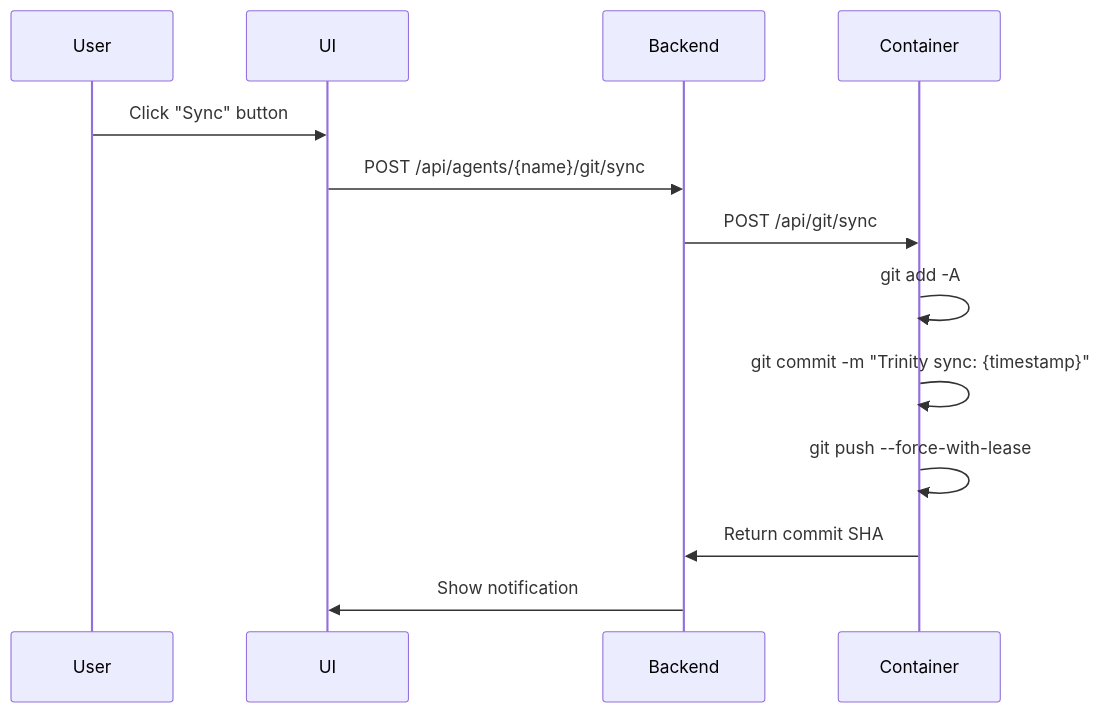
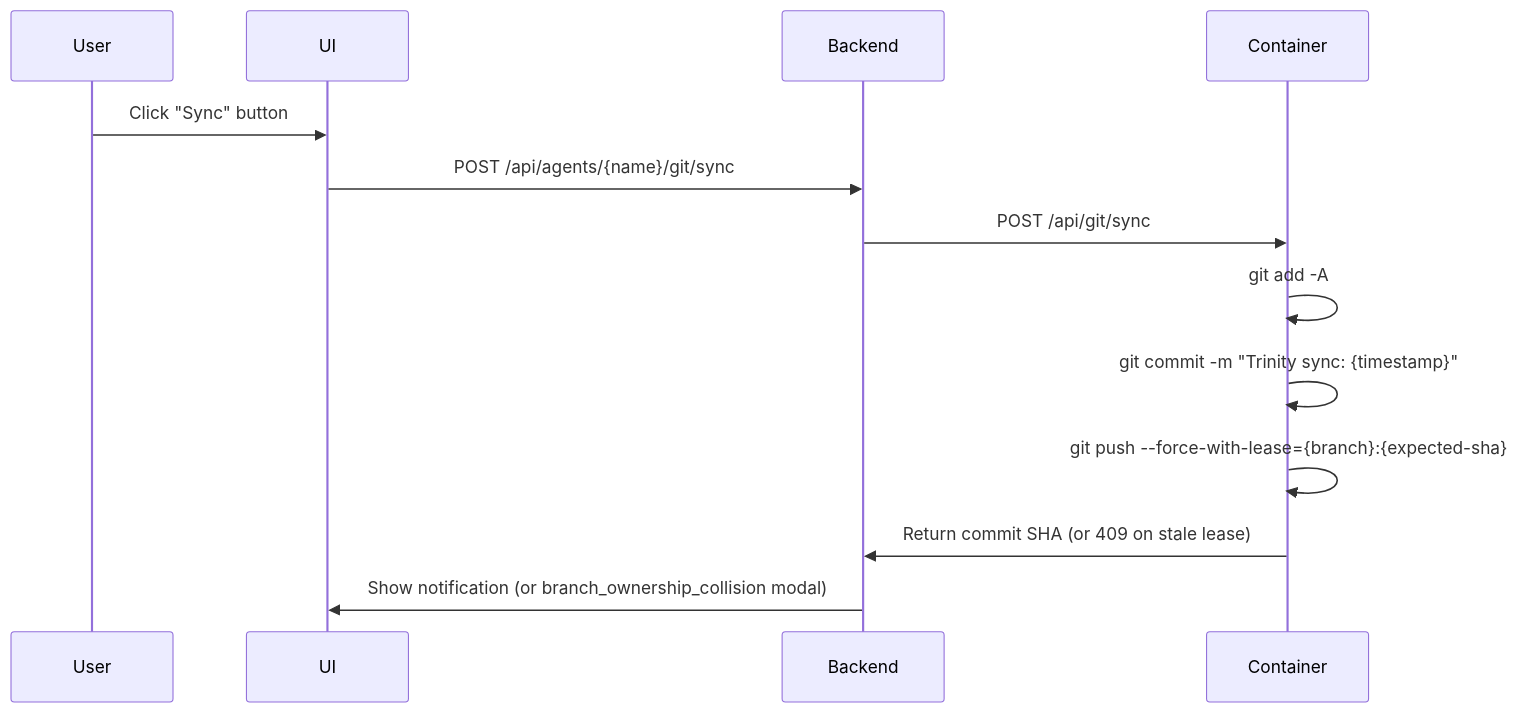
One commit to AndriiPasternak31/trinity-2 changed the second of 2 diagrams in docs/memory/feature-flows/github-sync.md. Above: the diagram before and after it, drawn with Mermaid. The commit also changed other lines of this file and 11 other files, not shown here.

First line of the commit message:
feat: branch ownership enforcement (S7, #382) (#396)

````diff
--- a/docs/memory/feature-flows/github-sync.md
+++ b/docs/memory/feature-flows/github-sync.md
@@ -229,16 +229,16 @@
 ```mermaid
 sequenceDiagram
     participant User
     participant UI
     participant Backend
     participant Container
 
     User->>UI: Click "Sync" button
     UI->>Backend: POST /api/agents/{name}/git/sync
     Backend->>Container: POST /api/git/sync
     Container->>Container: git add -A
     Container->>Container: git commit -m "Trinity sync: {timestamp}"
-    Container->>Container: git push --force-with-lease
-    Container->>Backend: Return commit SHA
-    Backend->>UI: Show notification
+    Container->>Container: git push --force-with-lease={branch}:{expected-sha}
+    Container->>Backend: Return commit SHA (or 409 on stale lease)
+    Backend->>UI: Show notification (or branch_ownership_collision modal)
 ```
````
